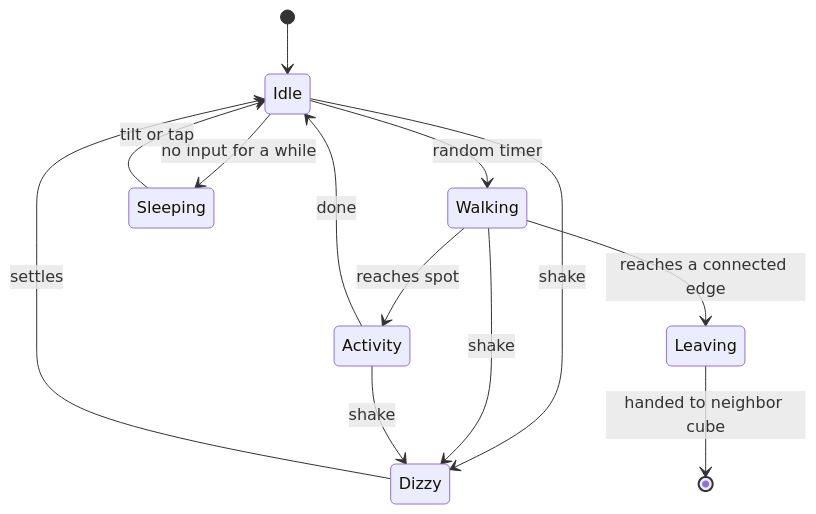
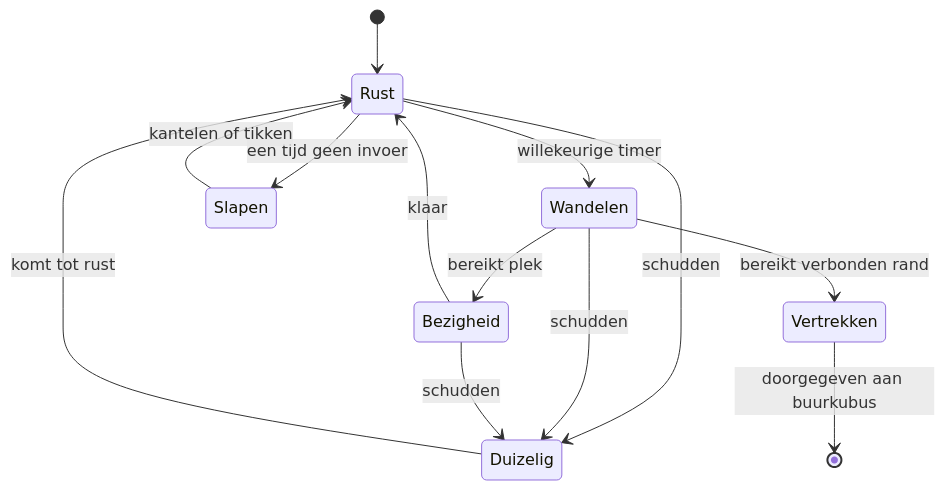
One commit to weggos2000/Cubelings changed the fourth of 4 diagrams in docs/Ideas.md. Above: the diagram before and after it, drawn with Mermaid. The commit also changed other lines of this file and 2 other files, not shown here.

````diff
--- a/docs/Ideas.md
+++ b/docs/Ideas.md
@@ -112,15 +138,15 @@
 ```mermaid
 stateDiagram-v2
-    [*] --> Idle
-    Idle --> Walking: random timer
-    Walking --> Activity: reaches spot
-    Activity --> Idle: done
-    Idle --> Sleeping: no input for a while
-    Sleeping --> Idle: tilt or tap
-    Idle --> Dizzy: shake
-    Walking --> Dizzy: shake
-    Activity --> Dizzy: shake
-    Dizzy --> Idle: settles
-    Walking --> Leaving: reaches a connected edge
-    Leaving --> [*]: handed to neighbor cube
+    [*] --> Rust
+    Rust --> Wandelen: willekeurige timer
+    Wandelen --> Bezigheid: bereikt plek
+    Bezigheid --> Rust: klaar
+    Rust --> Slapen: een tijd geen invoer
+    Slapen --> Rust: kantelen of tikken
+    Rust --> Duizelig: schudden
+    Wandelen --> Duizelig: schudden
+    Bezigheid --> Duizelig: schudden
+    Duizelig --> Rust: komt tot rust
+    Wandelen --> Vertrekken: bereikt verbonden rand
+    Vertrekken --> [*]: doorgegeven aan buurkubus
 ```
````
